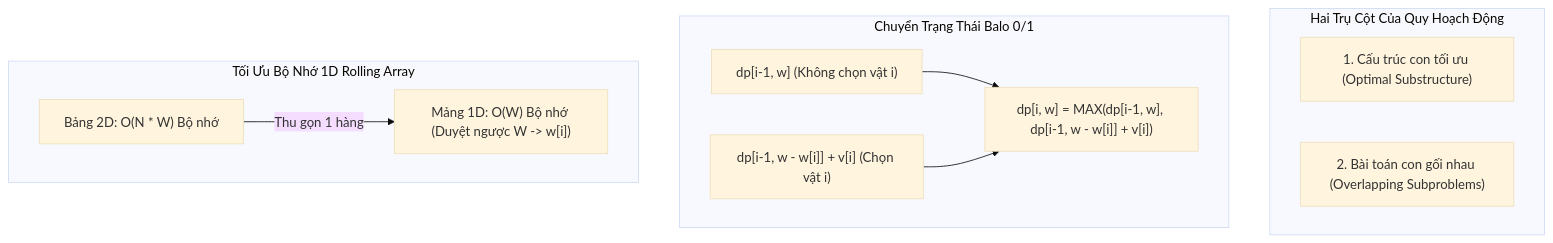
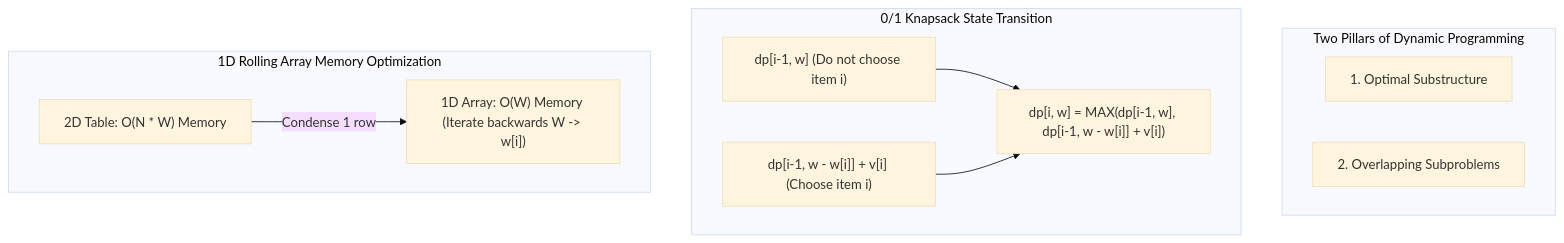
One commit to ga2631/ga2631.github.io changed the diagram in src/data/blog/en/35-2026-06-11-dynamic-programming-optimal-substructure-memoization-tabulation-cpp.md. Above: the diagram before and after it, drawn with Mermaid (base theme). The commit also changed other lines of this file and 74 other files, not shown here.

````diff
--- a/src/data/blog/en/35-2026-06-11-dynamic-programming-optimal-substructure-memoization-tabulation-cpp.md
+++ b/src/data/blog/en/35-2026-06-11-dynamic-programming-optimal-substructure-memoization-tabulation-cpp.md
@@ -63,19 +63,19 @@
 ```mermaid
 graph TD
-    subgraph DPPrinciples [Hai Trụ Cột Của Quy Hoạch Động]
-        OS["1. Cấu trúc con tối ưu (Optimal Substructure)"]
-        OP["2. Bài toán con gối nhau (Overlapping Subproblems)"]
+    subgraph DPPrinciples [Two Pillars of Dynamic Programming]
+        OS["1. Optimal Substructure"]
+        OP["2. Overlapping Subproblems"]
     end
 
-    subgraph KnapsackDAG [Chuyển Trạng Thái Balo 0/1]
-        StatePrev1["dp[i-1, w] (Không chọn vật i)"]
-        StatePrev2["dp[i-1, w - w[i]] + v[i] (Chọn vật i)"]
+    subgraph KnapsackDAG [0/1 Knapsack State Transition]
+        StatePrev1["dp[i-1, w] (Do not choose item i)"]
+        StatePrev2["dp[i-1, w - w[i]] + v[i] (Choose item i)"]
         StateCurr["dp[i, w] = MAX(dp[i-1, w], dp[i-1, w - w[i]] + v[i])"]
         StatePrev1 --> StateCurr
         StatePrev2 --> StateCurr
     end
 
-    subgraph SpaceOpt [Tối Ưu Bộ Nhớ 1D Rolling Array]
-        Arr2D["Bảng 2D: O(N * W) Bộ nhớ"] -->|Thu gọn 1 hàng| Arr1D["Mảng 1D: O(W) Bộ nhớ (Duyệt ngược W -> w[i])"]
+    subgraph SpaceOpt [1D Rolling Array Memory Optimization]
+        Arr2D["2D Table: O(N * W) Memory"] -->|Condense 1 row| Arr1D["1D Array: O(W) Memory (Iterate backwards W -> w[i])"]
     end
 ```
````
